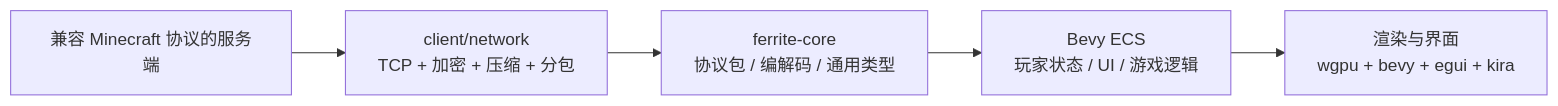
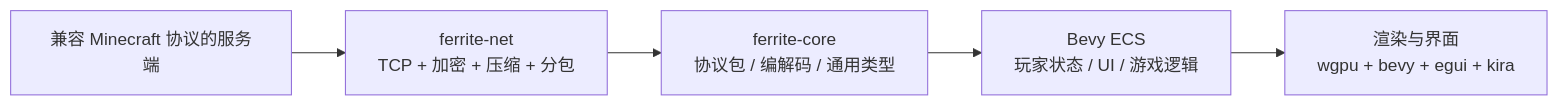
The diagram in README.md (Nahida-aa/ferrite-rs), drawn with Mermaid before and after one commit. The commit also changed other lines of this file and 10 other files, not shown here.

Commit message:
Extract network layer into ferrite-net

````diff
--- a/README.md
+++ b/README.md
@@ -9,11 +9,11 @@
 ```mermaid
 flowchart LR
-	MC[兼容 Minecraft 协议的服务端] --> NET[client/network
+	MC[兼容 Minecraft 协议的服务端] --> NET[ferrite-net
 TCP + 加密 + 压缩 + 分包]
 	NET --> CORE[ferrite-core
 协议包 / 编解码 / 通用类型]
 	CORE --> ECS[Bevy ECS
 玩家状态 / UI / 游戏逻辑]
 	ECS --> RENDER[渲染与界面
 wgpu + bevy + egui + kira]
 ```
````
